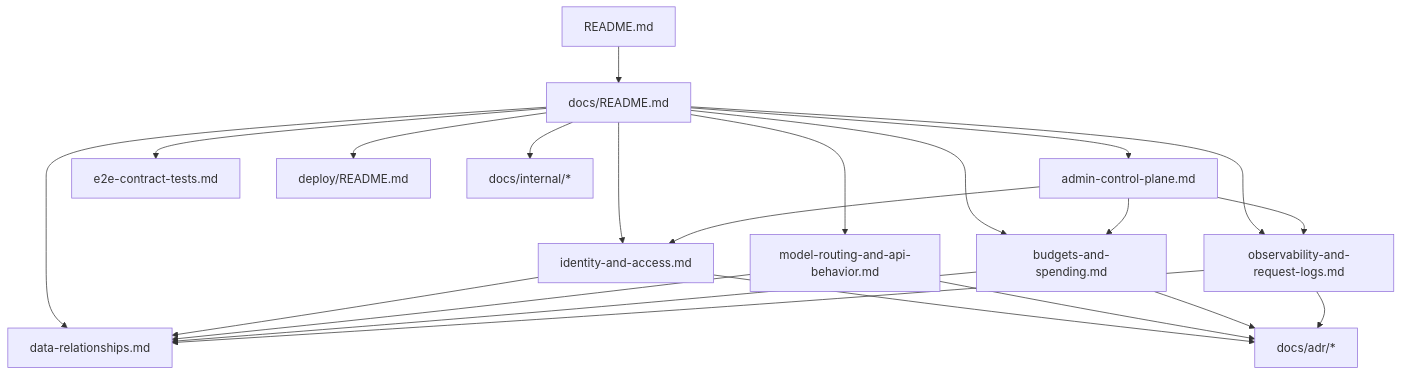
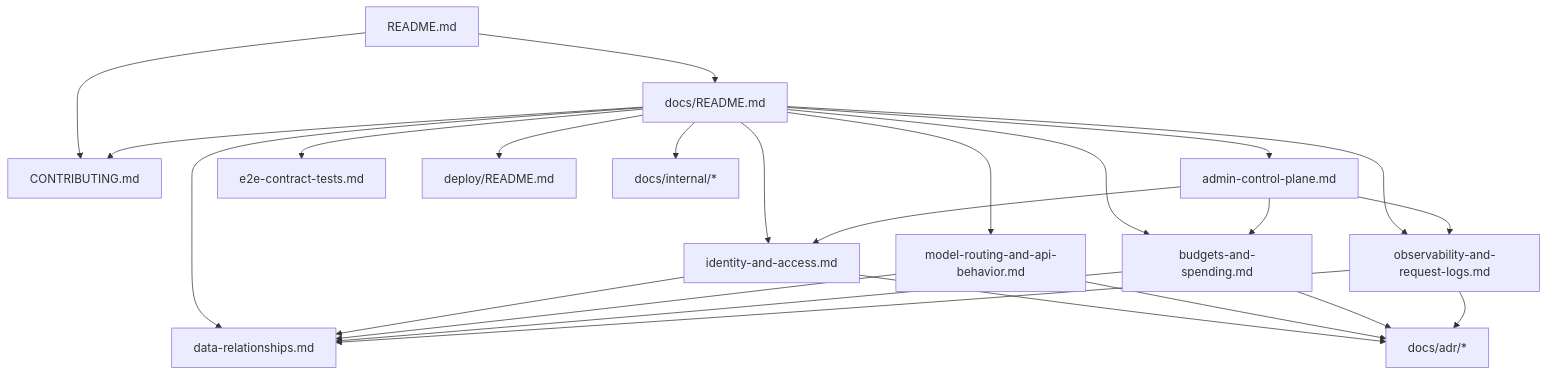
Before and after one commit to ahstn/oceans-llm: the diagram in docs/README.md, drawn with Mermaid. The commit also changed other lines of this file and 2 other files, not shown here.

Commit message:
docs: add contributing guide

````diff
--- a/docs/README.md
+++ b/docs/README.md
@@ -28,39 +29,42 @@
 ```mermaid
 graph TD
     root["README.md"]
     hub["docs/README.md"]
+    contributing["CONTRIBUTING.md"]
     identity["identity-and-access.md"]
     routing["model-routing-and-api-behavior.md"]
     spend["budgets-and-spending.md"]
     observability["observability-and-request-logs.md"]
     data["data-relationships.md"]
     admin["admin-control-plane.md"]
     e2e["e2e-contract-tests.md"]
     deploy["deploy/README.md"]
     adrs["docs/adr/*"]
     internal["docs/internal/*"]
 
     root --> hub
+    root --> contributing
     hub --> identity
     hub --> routing
     hub --> spend
     hub --> observability
     hub --> data
     hub --> admin
     hub --> e2e
     hub --> deploy
+    hub --> contributing
 
     identity --> data
     routing --> data
     spend --> data
     observability --> data
     admin --> identity
     admin --> spend
     admin --> observability
 
     identity --> adrs
     routing --> adrs
     spend --> adrs
     observability --> adrs
     hub --> internal
 ```
````
